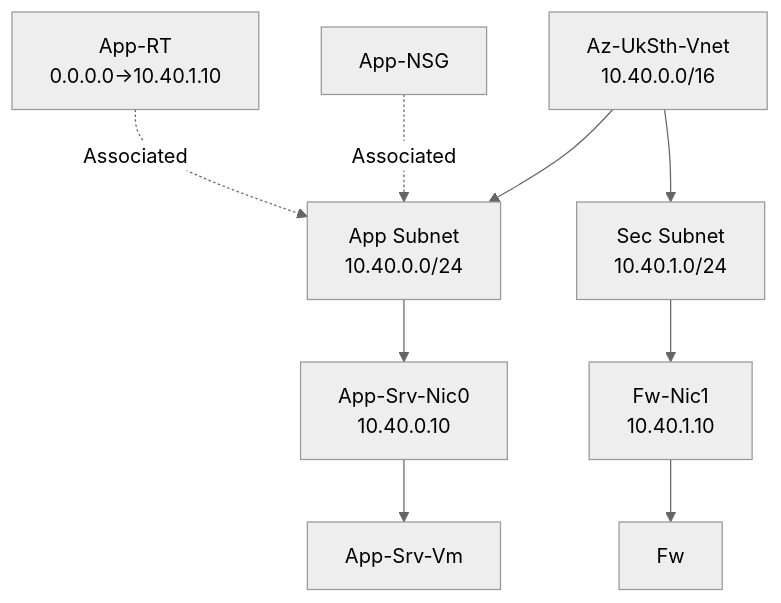
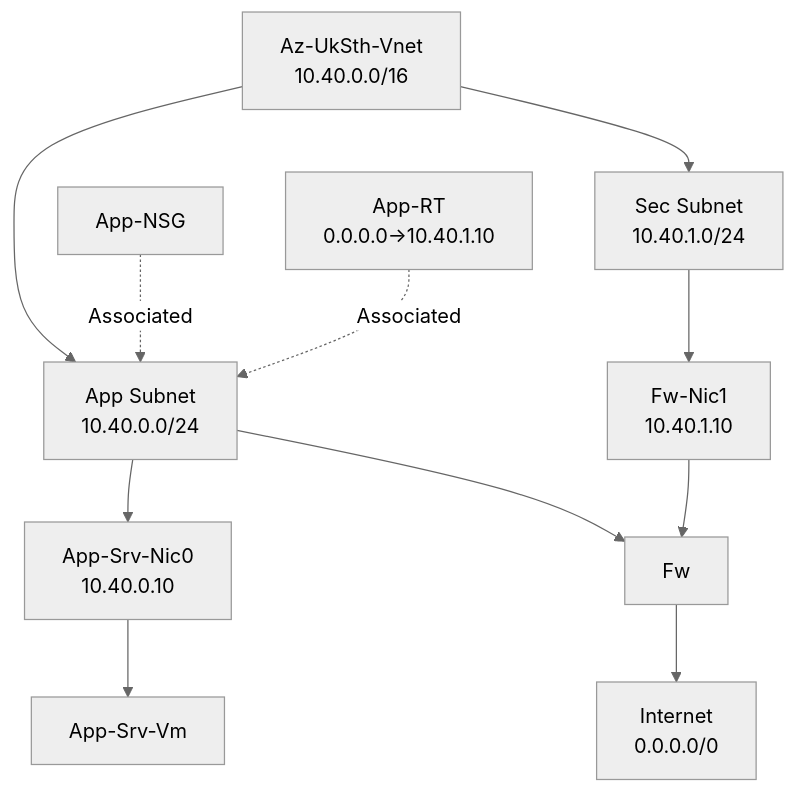
One commit to hasanfarag199/AZ-700-Azure_Network_Associate changed the diagram in README.md. Above: the diagram before and after it, drawn with Mermaid (neutral theme).

````diff
--- a/README.md
+++ b/README.md
@@ -1,28 +1,33 @@
 ```mermaid
 graph TD
     VNET["Az-UkSth-Vnet<br/>10.40.0.0/16"]
 
     APP["App Subnet<br/>10.40.0.0/24"]
     SEC["Sec Subnet<br/>10.40.1.0/24"]
 
     NSG["App-NSG"]
     RT["App-RT <br/> 0.0.0.0->10.40.1.10"]
     
     NIC1["App-Srv-Nic0<br/>10.40.0.10"]
     VM1["App-Srv-Vm"]
 
     NIC2["Fw-Nic1<br/>10.40.1.10"]
     FW["Fw"]
 
+
     VNET --> APP
     VNET --> SEC
 
     NSG -. Associated .-> APP
     RT -. Associated .-> APP
 
     APP --> NIC1
     NIC1 --> VM1
 
     SEC --> NIC2
     NIC2 --> FW
+
+    NET["Internet<br/>0.0.0.0/0"]
+    APP --> FW
+    FW --> NET
 ```
````
